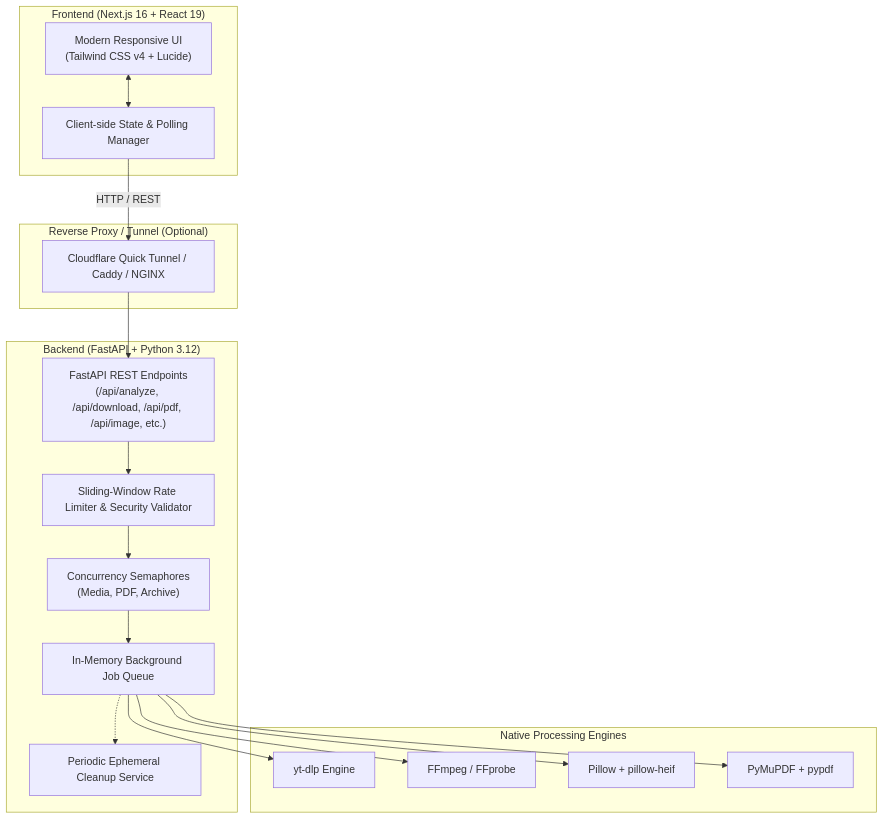
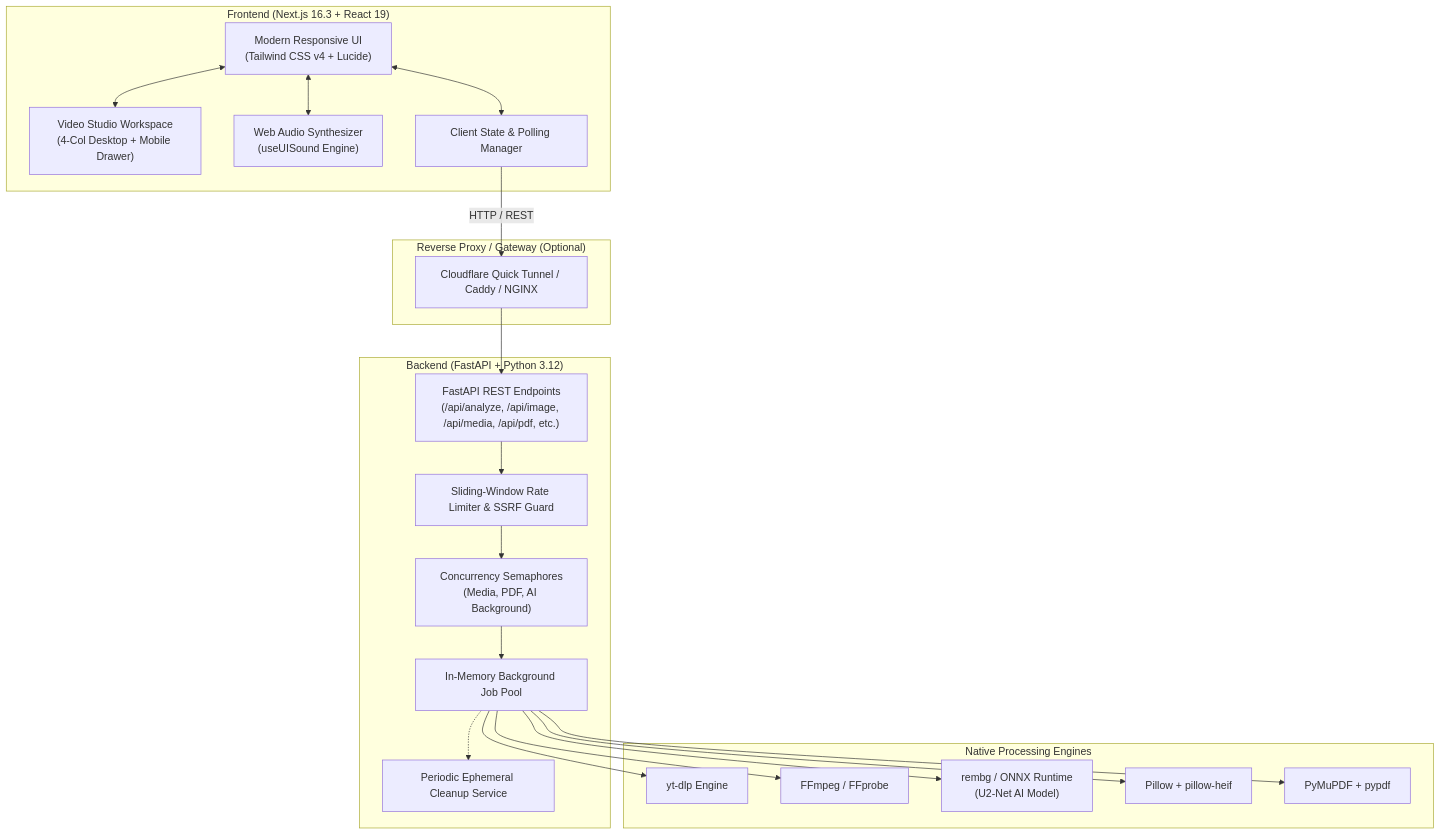
Before and after one commit to itsagrim123-blip/onlinefetchertools: the diagram in README.md, drawn with Mermaid. The commit also changed other lines of this file, not shown here.

````diff
--- a/README.md
+++ b/README.md
@@ -78,39 +121,45 @@
 ```mermaid
 flowchart TD
-    subgraph Client ["Frontend (Next.js 16 + React 19)"]
+    subgraph Client ["Frontend (Next.js 16.3 + React 19)"]
         UI["Modern Responsive UI\n(Tailwind CSS v4 + Lucide)"]
-        State["Client-side State & Polling Manager"]
+        Studio["Video Studio Workspace\n(4-Col Desktop + Mobile Drawer)"]
+        Audio["Web Audio Synthesizer\n(useUISound Engine)"]
+        State["Client State & Polling Manager"]
+        UI <--> Studio
+        UI <--> Audio
         UI <--> State
     end
 
-    subgraph Gateway ["Reverse Proxy / Tunnel (Optional)"]
+    subgraph Gateway ["Reverse Proxy / Gateway (Optional)"]
         CF["Cloudflare Quick Tunnel / Caddy / NGINX"]
     end
 
     subgraph Server ["Backend (FastAPI + Python 3.12)"]
-        API["FastAPI REST Endpoints\n(/api/analyze, /api/download, /api/pdf, /api/image, etc.)"]
-        RL["Sliding-Window Rate Limiter & Security Validator"]
-        Semaphores["Concurrency Semaphores\n(Media, PDF, Archive)"]
-        Worker["In-Memory Background Job Queue"]
+        API["FastAPI REST Endpoints\n(/api/analyze, /api/image, /api/media, /api/pdf, etc.)"]
+        RL["Sliding-Window Rate Limiter & SSRF Guard"]
+        Semaphores["Concurrency Semaphores\n(Media, PDF, AI Background)"]
+        Worker["In-Memory Background Job Pool"]
         Cleanup["Periodic Ephemeral Cleanup Service"]
         
         API --> RL
         RL --> Semaphores
         Semaphores --> Worker
         Worker -.-> Cleanup
     end
 
     subgraph Engines ["Native Processing Engines"]
         YTDLP["yt-dlp Engine"]
         FFMPEG["FFmpeg / FFprobe"]
+        REMBG["rembg / ONNX Runtime\n(U2-Net AI Model)"]
         PILLOW["Pillow + pillow-heif"]
         PYMUPDF["PyMuPDF + pypdf"]
     end
 
     State -- HTTP / REST --> CF
     CF --> API
     Worker --> YTDLP
     Worker --> FFMPEG
+    Worker --> REMBG
     Worker --> PILLOW
     Worker --> PYMUPDF
 ```
````
